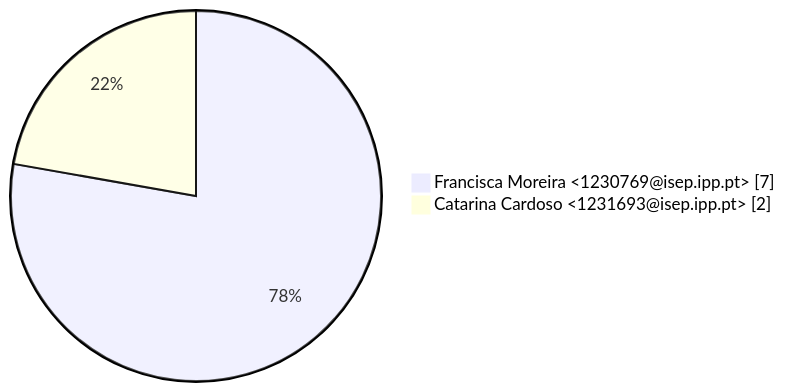
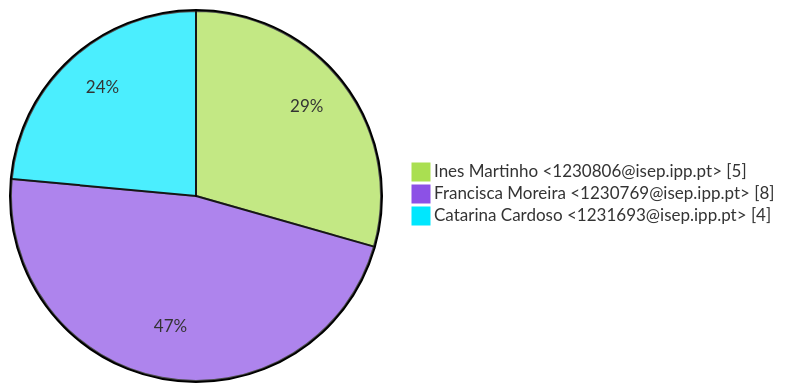
The first of 3 diagrams in GitAnalysis/Sprint_2/Contributions.md (catarina65-isep/LSIS-Equipa-9), drawn with Mermaid before and after one commit. The commit also changed other lines of this file and 1 other file, not shown here.

````diff
--- a/GitAnalysis/Sprint_2/Contributions.md
+++ b/GitAnalysis/Sprint_2/Contributions.md
@@ -8,5 +9,7 @@
 ```mermaid
+%%{init: {'theme': 'base', 'themeVariables': { 'pie1': '#AADF51', 'pie2': '#8C51E6', 'pie3': '#00E7FE', 'pie4': '#F84B62', 'pie5': '#FFDE72', 'pie6': '#3060CF', 'pie7': '#59C9A5'}}}%%
 pie showData
-    " Francisca Moreira <1230769@isep.ipp.pt>" : 7
-    " Catarina Cardoso <1231693@isep.ipp.pt>" : 2
+    " Ines Martinho <1230806@isep.ipp.pt>" : 5
+    " Francisca Moreira <1230769@isep.ipp.pt>" : 8
+    " Catarina Cardoso <1231693@isep.ipp.pt>" : 4
 ```
````
